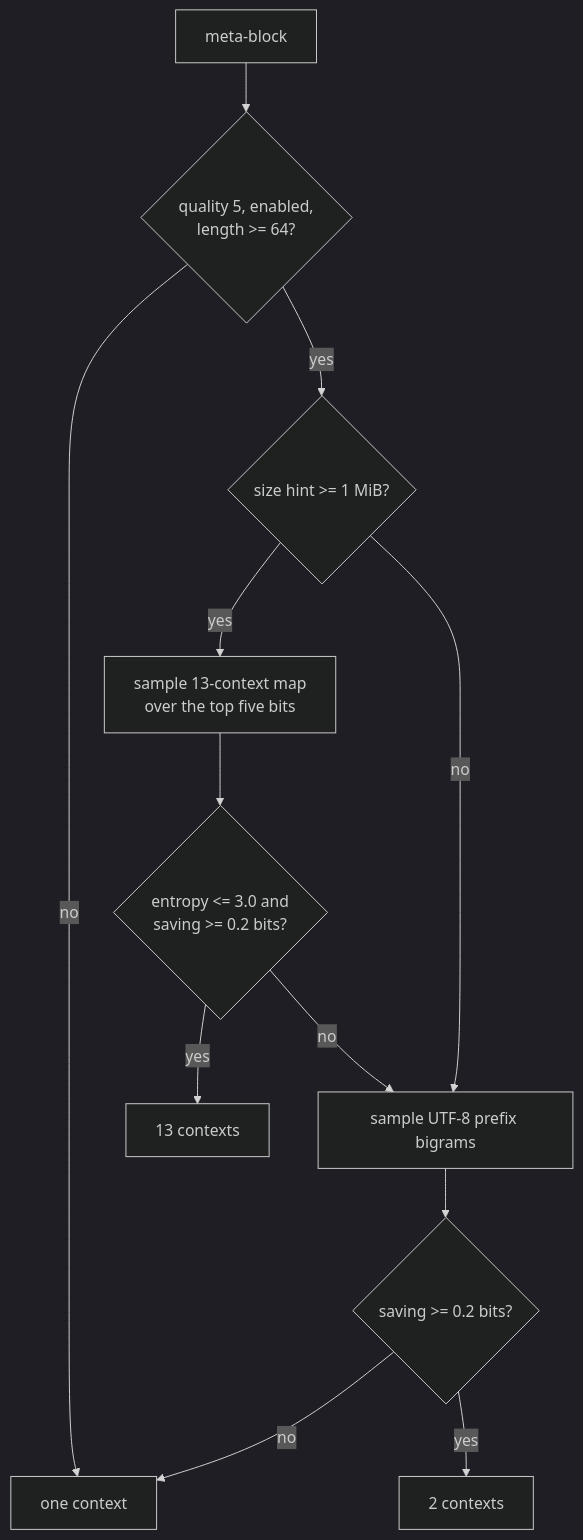
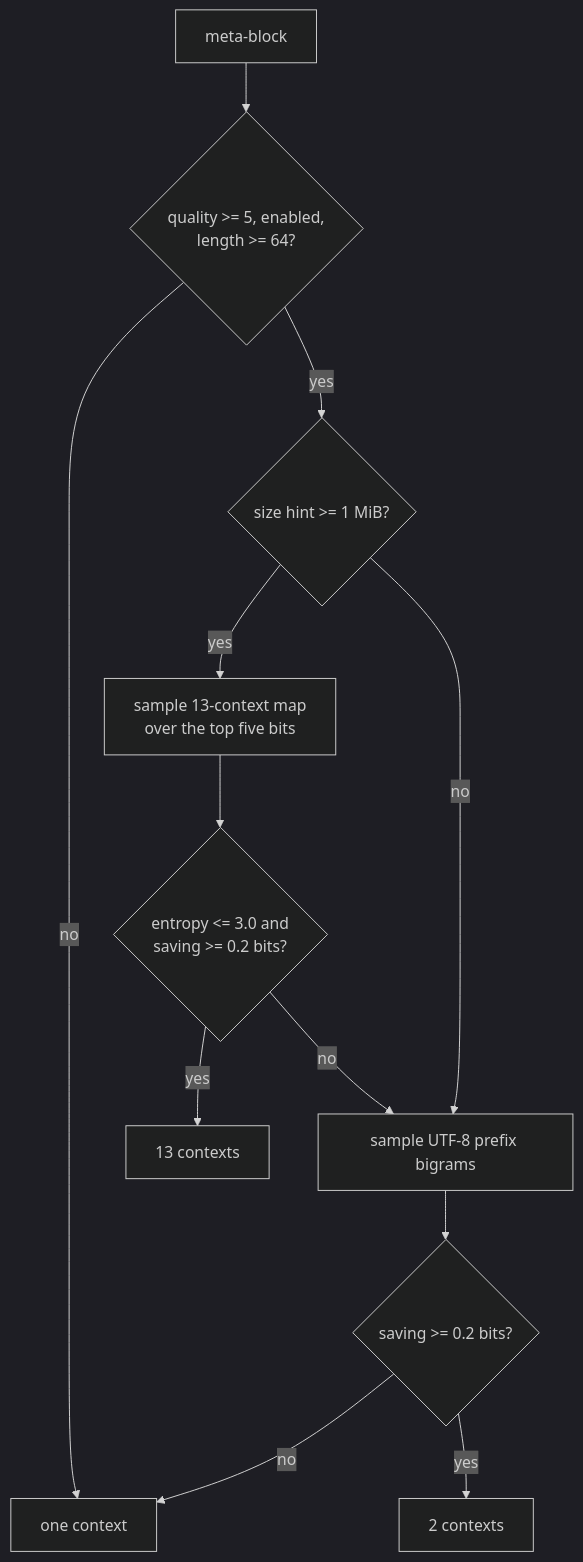
Before and after one commit to Mnwa/mbrotli: the seventh of 9 diagrams in architecture/greedy-encoder.md, drawn with Mermaid (dark theme). The commit also changed other lines of this file and 107 other files, not shown here.

````diff
--- a/architecture/greedy-encoder.md
+++ b/architecture/greedy-encoder.md
@@ -290,14 +348,14 @@
 ```mermaid
 flowchart TD
-    start["meta-block"] --> gate{"quality 5, enabled,<br/>length >= 64?"}
+    start["meta-block"] --> gate{"quality >= 5, enabled,<br/>length >= 64?"}
     gate -->|no| one["one context"]
     gate -->|yes| complex{"size hint >= 1 MiB?"}
     complex -->|yes| try13["sample 13-context map<br/>over the top five bits"]
     try13 --> ok{"entropy <= 3.0 and<br/>saving >= 0.2 bits?"}
     ok -->|yes| thirteen["13 contexts"]
     ok -->|no| bigram
     complex -->|no| bigram["sample UTF-8 prefix bigrams"]
     bigram --> choose{"saving >= 0.2 bits?"}
     choose -->|no| one
     choose -->|yes| two["2 contexts"]
 ```
````
